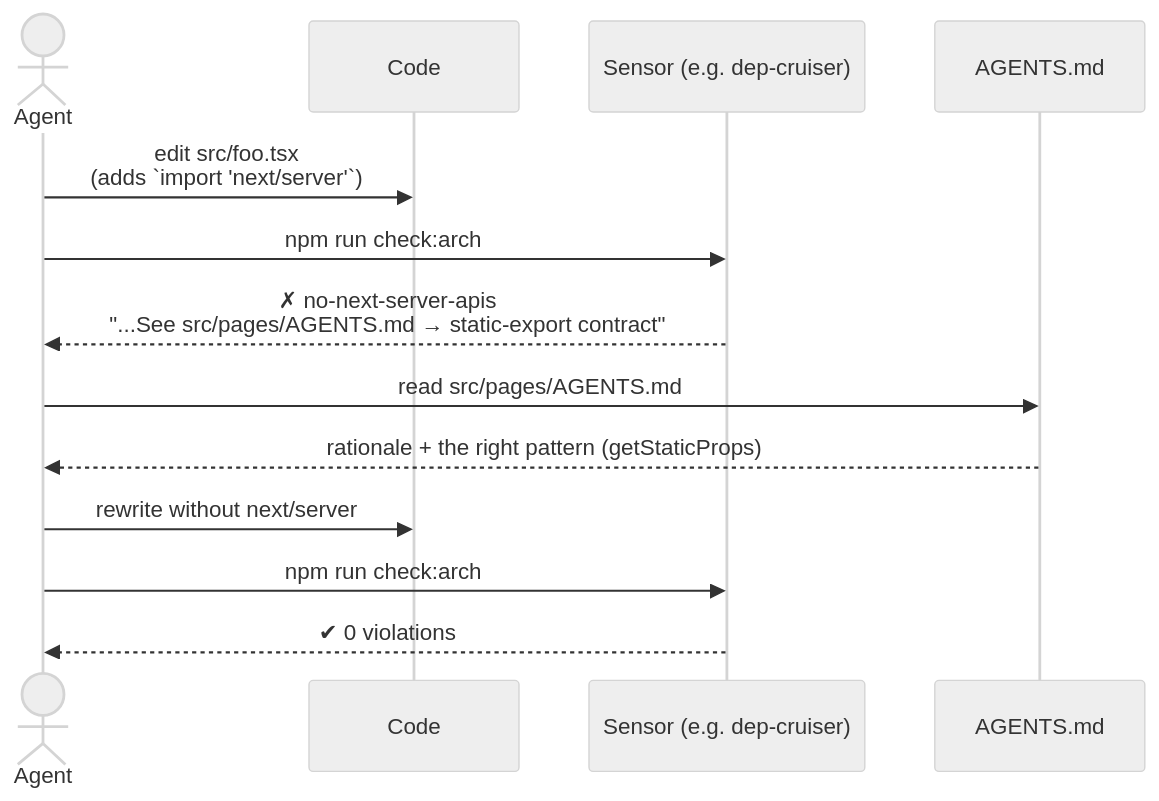
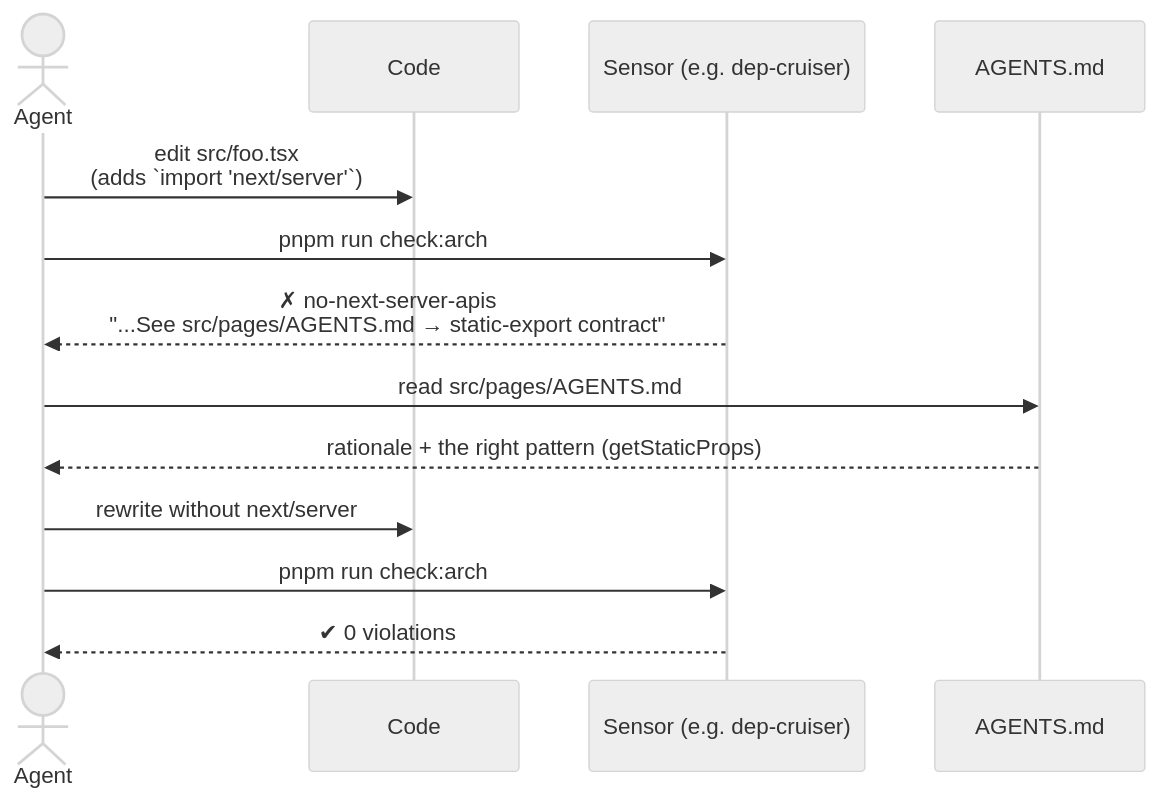
Before and after one commit to porscheofficial/porschedigital-technology-radar: the third of 3 diagrams in docs/HARNESS.md, drawn with Mermaid (neutral theme). The commit also changed other lines of this file and 27 other files, not shown here.

First line of the commit message:
build: migrate package manager from npm to pnpm (ADR-0019)

````diff
--- a/docs/HARNESS.md
+++ b/docs/HARNESS.md
@@ -222,16 +222,16 @@
 ```mermaid
 sequenceDiagram
     actor A as Agent
     participant C as Code
     participant S as Sensor (e.g. dep-cruiser)
     participant D as AGENTS.md
 
     A->>C: edit src/foo.tsx<br/>(adds `import 'next/server'`)
-    A->>S: npm run check:arch
+    A->>S: pnpm run check:arch
     S-->>A: ✗ no-next-server-apis<br/>"...See src/pages/AGENTS.md → static-export contract"
     A->>D: read src/pages/AGENTS.md
     D-->>A: rationale + the right pattern (getStaticProps)
     A->>C: rewrite without next/server
-    A->>S: npm run check:arch
+    A->>S: pnpm run check:arch
     S-->>A: ✔ 0 violations
 ```
````
